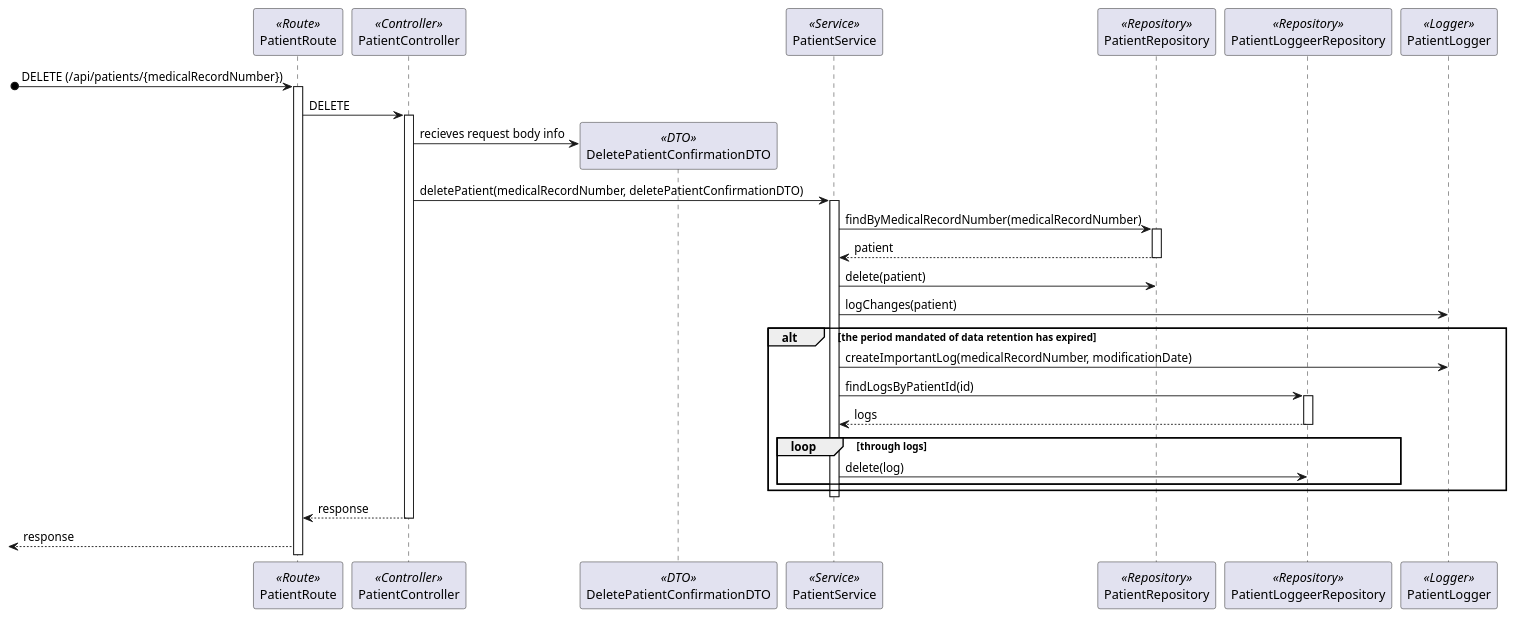
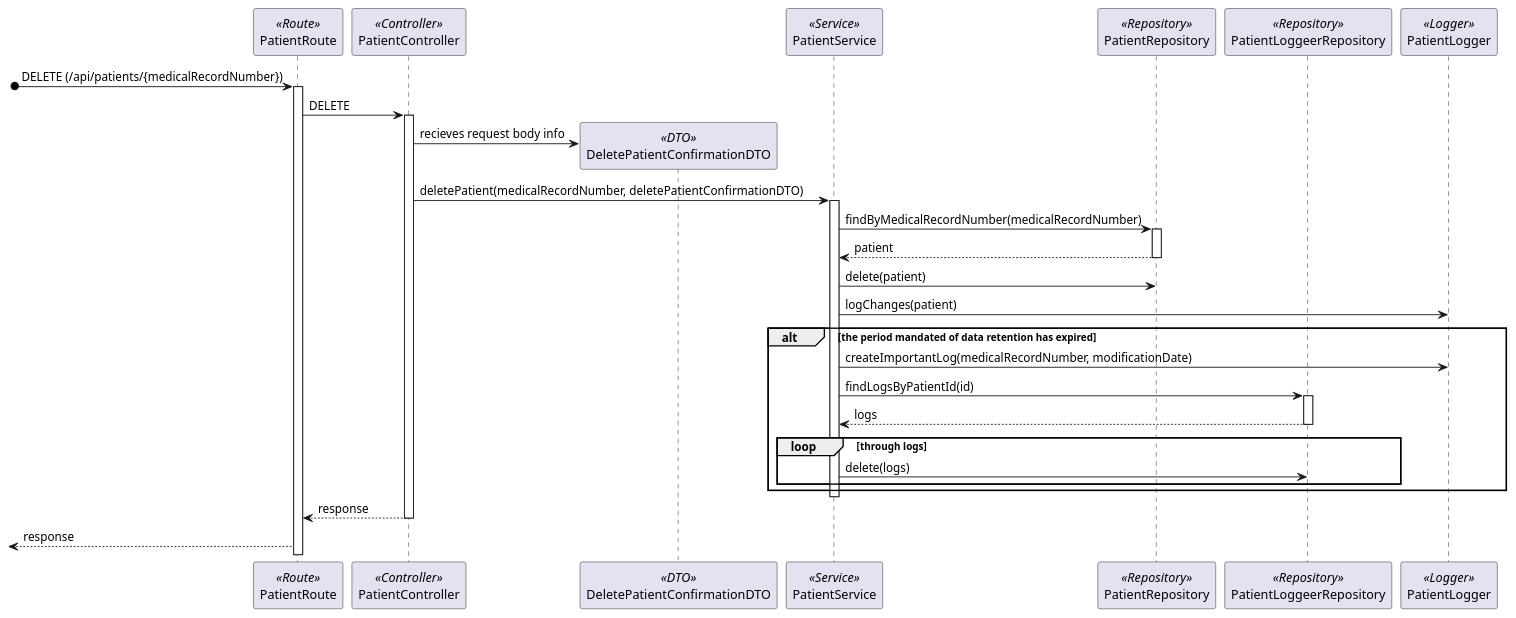
One commit to Rodrick0209/ISEP-SEM5PI-24-25 changed the diagram in docs/Sprint_1/US_5.1.10/L3/Process_View.puml. Above: the diagram before and after it, drawn with PlantUML. The commit also changed 2 other files, not shown here.

```diff
--- a/docs/Sprint_1/US_5.1.10/L3/Process_View.puml
+++ b/docs/Sprint_1/US_5.1.10/L3/Process_View.puml
@@ -2,36 +2,36 @@
 @startuml Process_View
 participant PatientRoute as Route <<Route>>
 participant PatientController as Controller <<Controller>>
 participant DeletePatientConfirmationDTO as DTO <<DTO>>
 participant PatientService as Service <<Service>>
 participant PatientRepository as Repository <<Repository>>
 participant PatientLoggeerRepository as LoggerRepository <<Repository>>
 participant PatientLogger as Logger <<Logger>>
 [o-> Route: DELETE (/api/patients/{medicalRecordNumber})
 activate Route
 Route -> Controller : DELETE
 activate Controller
 Controller -> DTO** : recieves request body info
 Controller -> Service : deletePatient(medicalRecordNumber, deletePatientConfirmationDTO)
 activate Service
 Service -> Repository : findByMedicalRecordNumber(medicalRecordNumber)
 activate Repository
 return patient
 Service -> Repository : delete(patient)
 Service -> Logger : logChanges(patient)
 alt the period mandated of data retention has expired
     Service -> Logger : createImportantLog(medicalRecordNumber, modificationDate)
     Service -> LoggerRepository: findLogsByPatientId(id)
     activate LoggerRepository
     return logs
     loop through logs
-        Service -> LoggerRepository: delete(log)
+        Service -> LoggerRepository: delete(logs)
     end
 end
 deactivate Repository
 deactivate Service
 Controller --> Route : response
 deactivate Controller
 <-- Route : response
 
 @enduml
```
